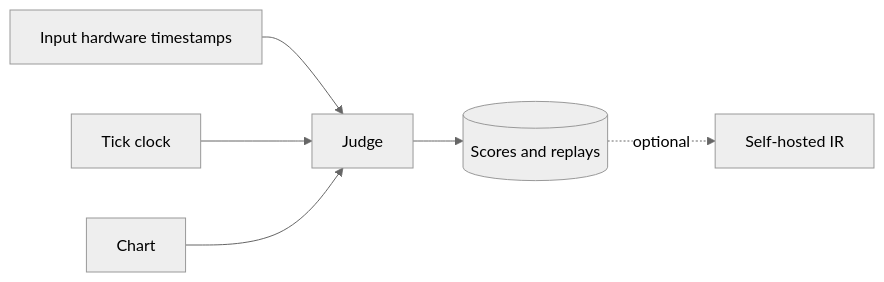
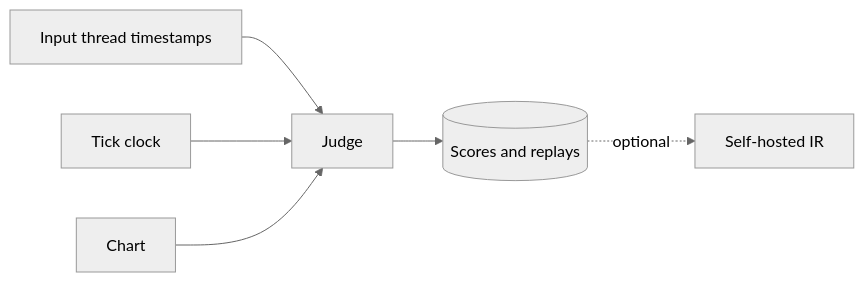
Before and after one commit to square3ang/actuon: the diagram in README.md, drawn with Mermaid (neutral theme). The commit also changed other lines of this file and 2 other files, not shown here.

````diff
--- a/README.md
+++ b/README.md
@@ -36,8 +37,8 @@
 ```mermaid
 flowchart LR
-    I[Input hardware timestamps] --> S[Judge]
+    I[Input thread timestamps] --> S[Judge]
     A[Tick clock] --> S
     C[Chart] --> S
     S --> D[(Scores and replays)]
     D -. optional .-> R[Self-hosted IR]
 ```
````
